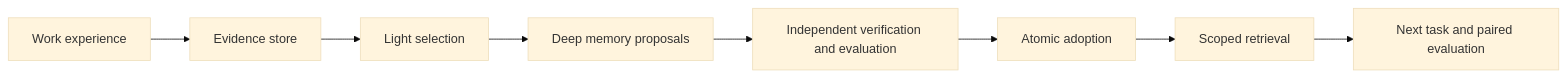
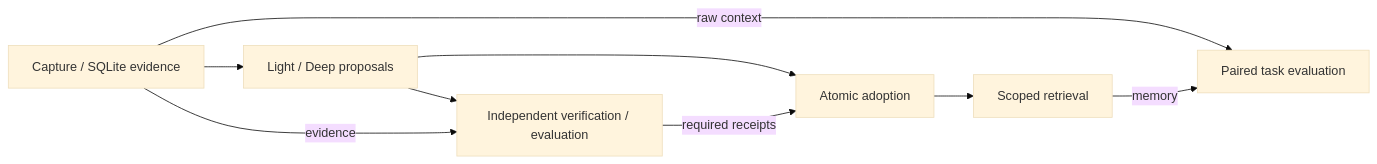
Before and after one commit to moruku36/agent-sleep-lab: the diagram in README.md, drawn with Mermaid (base theme). The commit also changed other lines of this file and 5 other files, not shown here.

Commit message:
docs: simplify bilingual readmes and map architecture

````diff
--- a/README.md
+++ b/README.md
@@ -43,10 +26,11 @@
 ```mermaid
 flowchart LR
-  A[Work experience] --> B[Evidence store]
-  B --> C[Light selection]
-  C --> D[Deep memory proposals]
-  D --> E[Independent verification and evaluation]
-  E --> F[Atomic adoption]
-  F --> G[Scoped retrieval]
-  G --> H[Next task and paired evaluation]
+  E["Capture / SQLite evidence"] --> S["Light / Deep proposals"]
+  S --> A["Atomic adoption"]
+  S --> V["Independent verification / evaluation"]
+  E -->|evidence| V
+  V -->|required receipts| A
+  A --> R["Scoped retrieval"]
+  E -->|raw context| C["Paired task evaluation"]
+  R -->|memory| C
 ```
````
